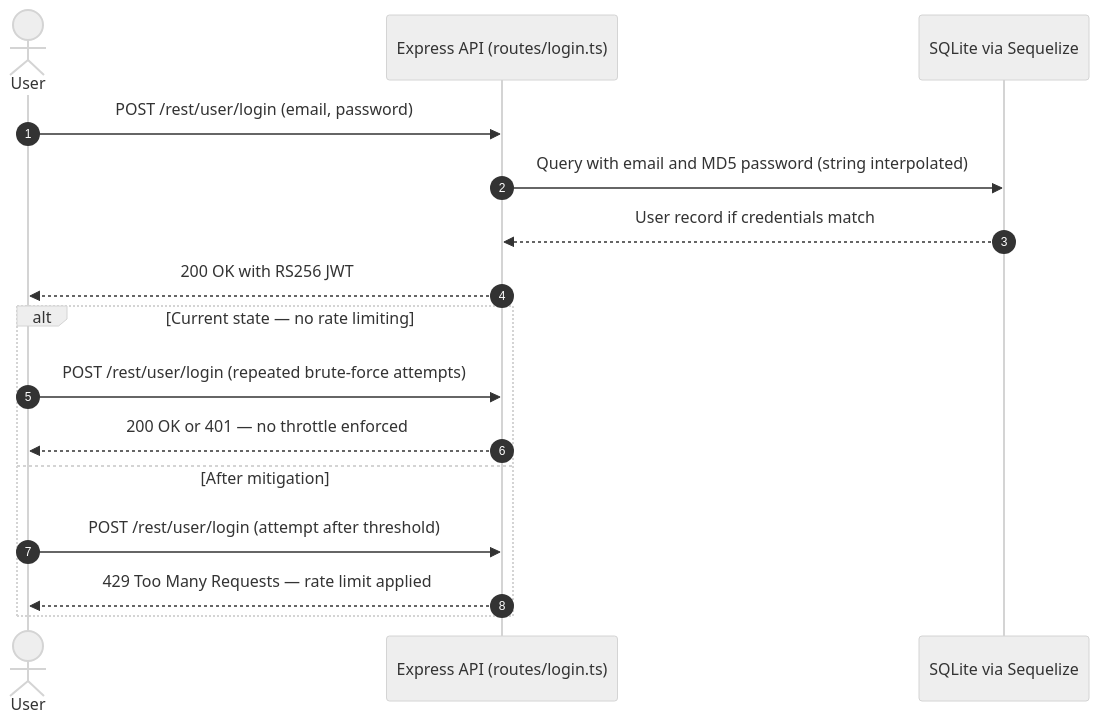
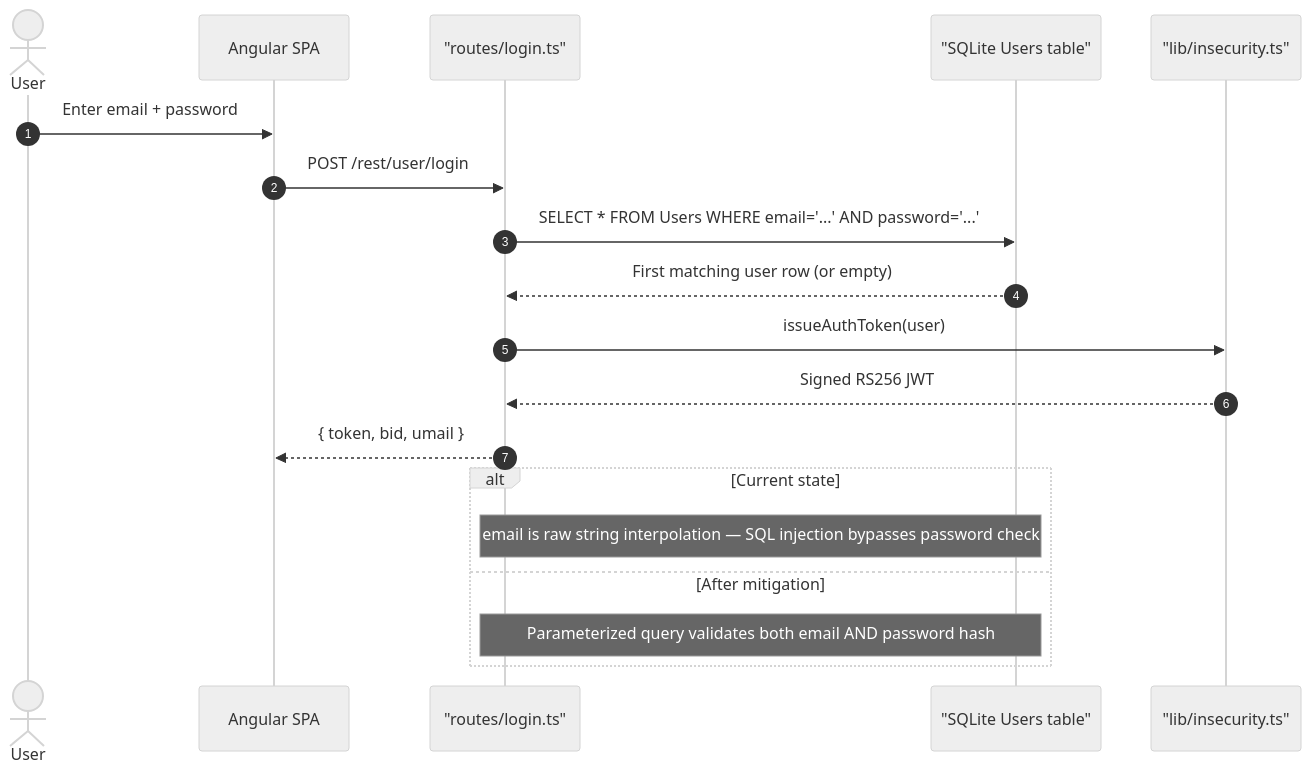
Before and after one commit to appsec-foundry/appsec-advisor: the first of 4 diagrams in tests/fixtures/e2e/_repair-run/.fragments/security-architecture.md, drawn with Mermaid (neutral theme). The commit also changed other lines of this file and 184 other files, not shown here.

````diff
--- a/tests/fixtures/e2e/_repair-run/.fragments/security-architecture.md
+++ b/tests/fixtures/e2e/_repair-run/.fragments/security-architecture.md
@@ -80,20 +43,23 @@
 ```mermaid
 sequenceDiagram
     autonumber
     actor User
-    participant API as Express API (routes/login.ts)
-    participant DB as SQLite via Sequelize
+    participant SPA as Angular SPA
+    participant API as "routes/login.ts"
+    participant DB as "SQLite Users table"
+    participant JWT as "lib/insecurity.ts"
 
-    User->>API: POST /rest/user/login (email, password)
-    API->>DB: Query with email and MD5 password (string interpolated)
-    DB-->>API: User record if credentials match
-    API-->>User: 200 OK with RS256 JWT
+    User->>SPA: Enter email + password
+    SPA->>API: POST /rest/user/login
+    API->>DB: SELECT * FROM Users WHERE email='...' AND password='...'
+    DB-->>API: First matching user row (or empty)
+    API->>JWT: issueAuthToken(user)
+    JWT-->>API: Signed RS256 JWT
+    API-->>SPA: { token, bid, umail }
 
-    alt Current state — no rate limiting
-        User->>API: POST /rest/user/login (repeated brute-force attempts)
-        API-->>User: 200 OK or 401 — no throttle enforced
+    alt Current state
+        note over API,DB: email is raw string interpolation — SQL injection bypasses password check
     else After mitigation
-        User->>API: POST /rest/user/login (attempt after threshold)
-        API-->>User: 429 Too Many Requests — rate limit applied
+        note over API,DB: Parameterized query validates both email AND password hash
     end
 ```
````
